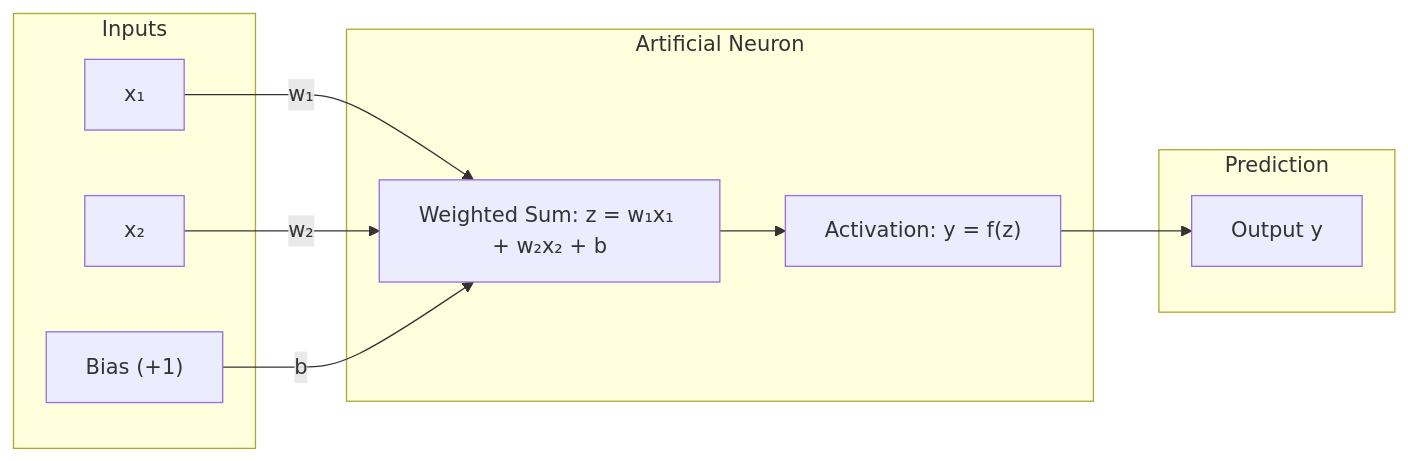
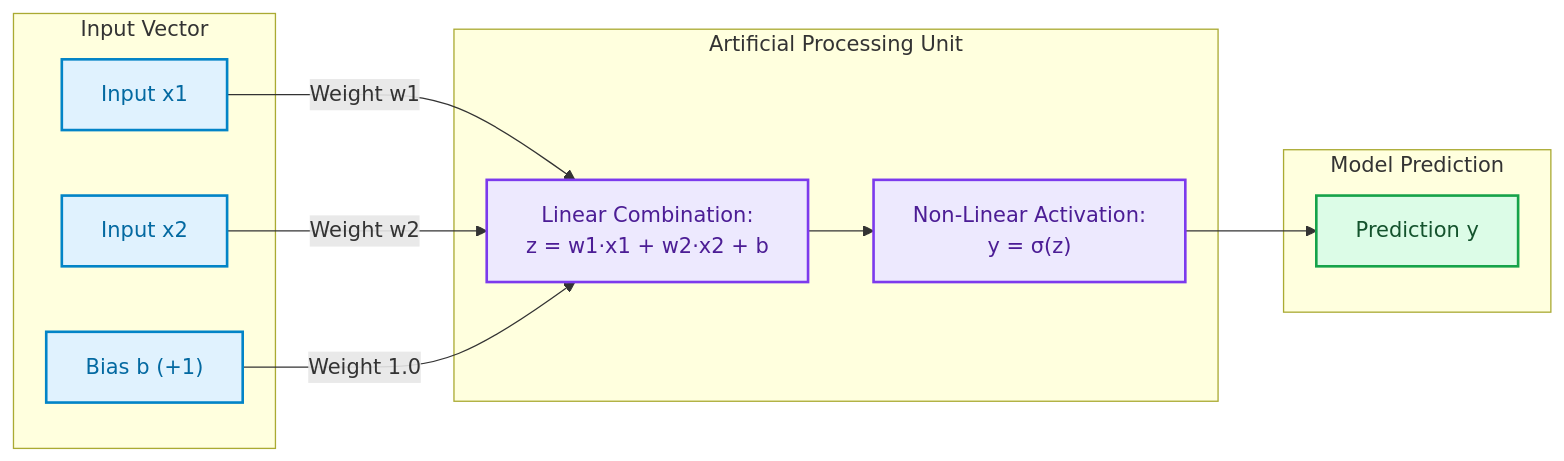
Before and after one commit to shimulshoishob/Artificial_Intelligence_CSE366: diagram 20 of 31 in README.md, drawn with Mermaid. The commit also changed other lines of this file, not shown here.

````diff
--- a/README.md
+++ b/README.md
@@ -1090,21 +1236,29 @@
 ```mermaid
 graph LR
-    subgraph Inputs [Inputs]
-        x1["x₁"]
-        x2["x₂"]
-        b["Bias (+1)"]
+    subgraph Inputs [Input Vector]
+        x1["Input x1"]
+        x2["Input x2"]
+        b["Bias b (+1)"]
     end
-    subgraph Processing [Artificial Neuron]
-        Sum["Weighted Sum: z = w₁x₁ + w₂x₂ + b"]
-        Act["Activation: y = f(z)"]
+    subgraph Neuron [Artificial Processing Unit]
+        Sum["Linear Combination:<br>z = w1·x1 + w2·x2 + b"]
+        Act["Non-Linear Activation:<br>y = σ(z)"]
     end
-    subgraph Output [Prediction]
-        y["Output y"]
+    subgraph Output [Model Prediction]
+        y["Prediction y"]
     end
 
-    x1 -->|w₁| Sum
-    x2 -->|w₂| Sum
-    b -->|b| Sum
+    x1 -->|Weight w1| Sum
+    x2 -->|Weight w2| Sum
+    b -->|Weight 1.0| Sum
     Sum --> Act
     Act --> y
+
+    classDef inNode fill:#e0f2fe,stroke:#0284c7,stroke-width:2px,color:#0369a1;
+    classDef sumNode fill:#ede9fe,stroke:#7c3aed,stroke-width:2px,color:#4c1d95;
+    classDef outNode fill:#dcfce7,stroke:#16a34a,stroke-width:2px,color:#14532d;
+
+    class x1,x2,b inNode;
+    class Sum,Act sumNode;
+    class y outNode;
 ```
````
